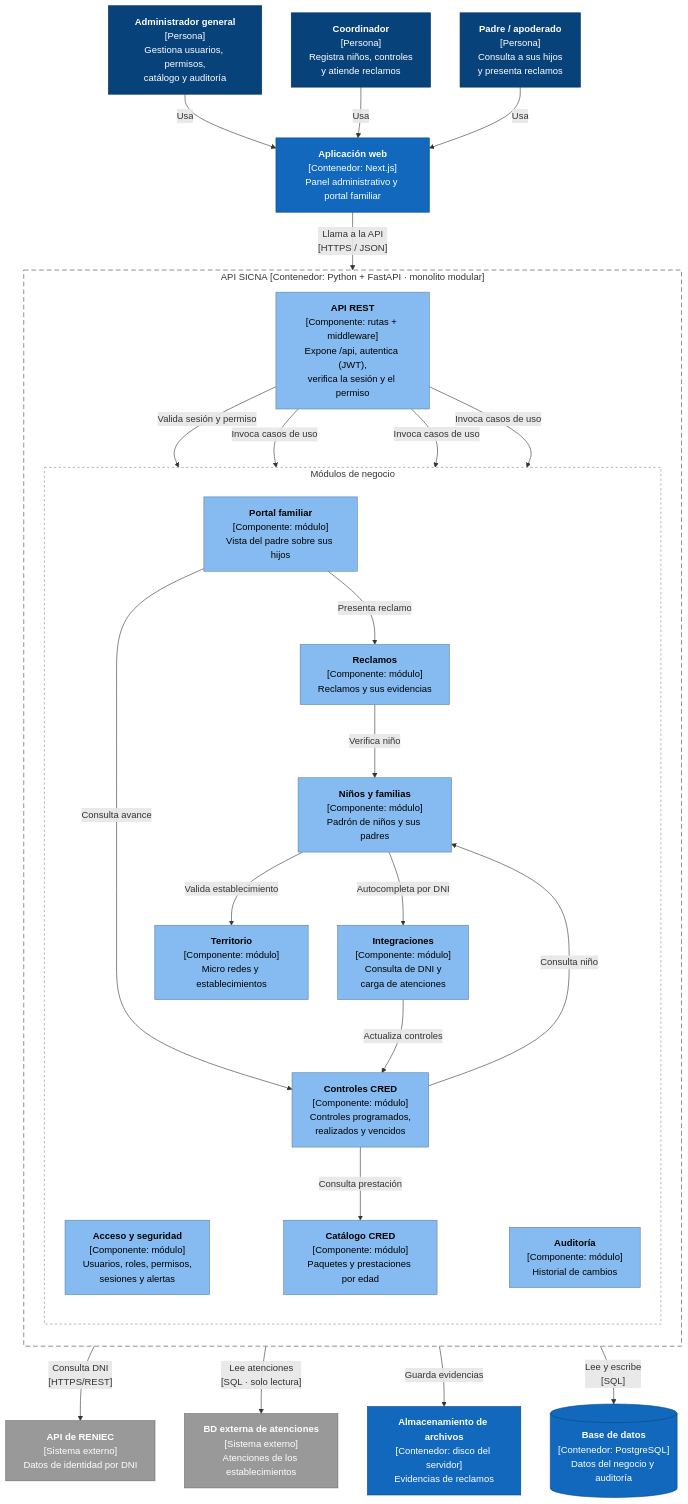
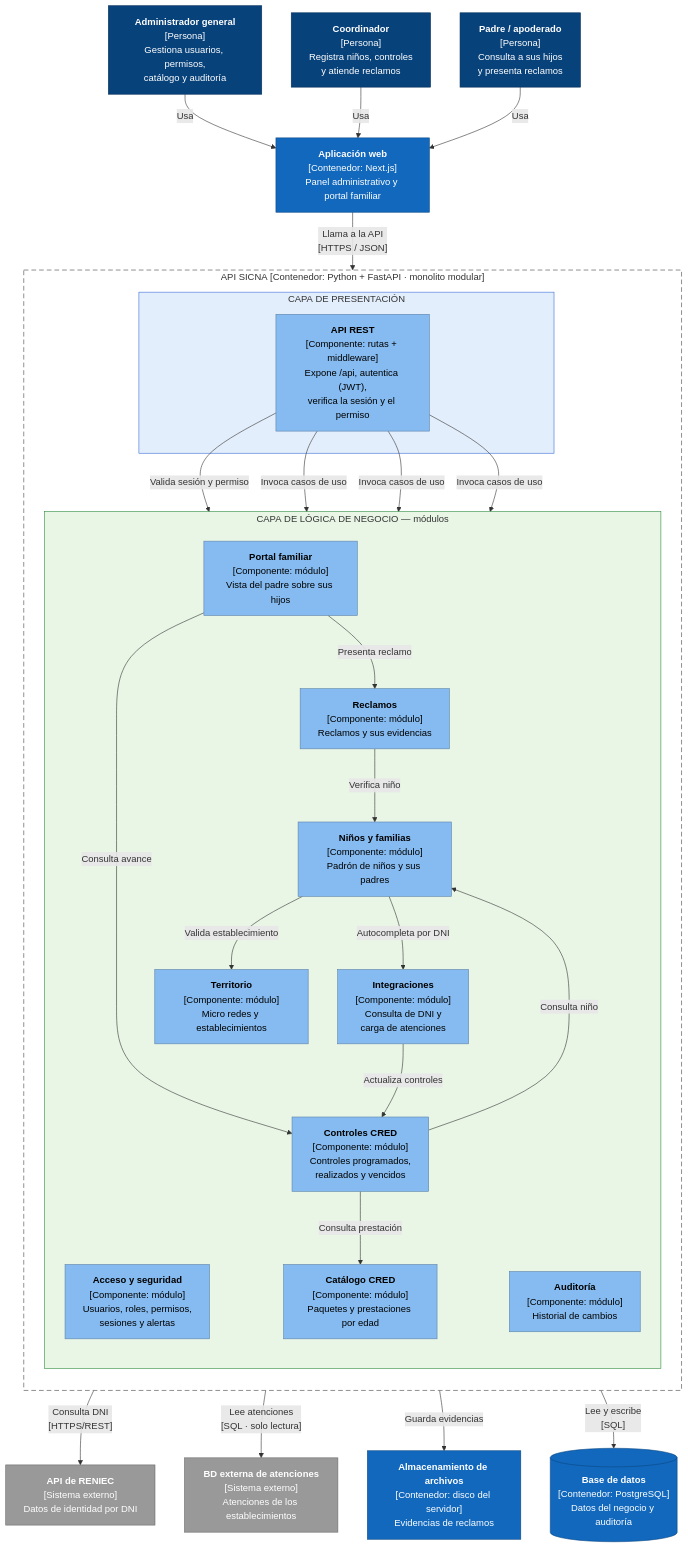
One commit to germanAmiqueroPeralta/SPRINT1 changed the first of 2 diagrams in docs/02-arquitectura-de-software/04-componentes-arquitectonicos.md. Above: the diagram before and after it, drawn with Mermaid. The commit also changed 3 other files, not shown here.

Commit message:
Encerrar capas con su nombre en los diagramas de arquitectura

````diff
--- a/docs/02-arquitectura-de-software/04-componentes-arquitectonicos.md
+++ b/docs/02-arquitectura-de-software/04-componentes-arquitectonicos.md
@@ -7,62 +7,65 @@
 ```mermaid
 flowchart TB
     P1["<b>Administrador general</b><br/>[Persona]<br/>Gestiona usuarios, permisos,<br/>catálogo y auditoría"]
     P2["<b>Coordinador</b><br/>[Persona]<br/>Registra niños, controles<br/>y atiende reclamos"]
     P3["<b>Padre / apoderado</b><br/>[Persona]<br/>Consulta a sus hijos<br/>y presenta reclamos"]
 
     WEB["<b>Aplicación web</b><br/>[Contenedor: Next.js]<br/>Panel administrativo y portal familiar"]
 
     P1 & P2 & P3 -->|Usa| WEB
 
     subgraph API["API#nbsp;SICNA#nbsp;[Contenedor:#nbsp;Python#nbsp;+#nbsp;FastAPI#nbsp;·#nbsp;monolito#nbsp;modular]"]
         direction TB
-        REST["<b>API REST</b><br/>[Componente: rutas + middleware]<br/>Expone /api, autentica (JWT),<br/>verifica la sesión y el permiso"]
+        subgraph CPRES["CAPA#nbsp;DE#nbsp;PRESENTACIÓN"]
+            REST["<b>API REST</b><br/>[Componente: rutas + middleware]<br/>Expone /api, autentica (JWT),<br/>verifica la sesión y el permiso"]
+        end
 
-        subgraph MODS["Módulos#nbsp;de#nbsp;negocio"]
+        subgraph MODS["CAPA#nbsp;DE#nbsp;LÓGICA#nbsp;DE#nbsp;NEGOCIO#nbsp;—#nbsp;módulos"]
             direction TB
             ACC["<b>Acceso y seguridad</b><br/>[Componente: módulo]<br/>Usuarios, roles, permisos,<br/>sesiones y alertas"]
             TER["<b>Territorio</b><br/>[Componente: módulo]<br/>Micro redes y establecimientos"]
             NIN["<b>Niños y familias</b><br/>[Componente: módulo]<br/>Padrón de niños y sus padres"]
             CAT["<b>Catálogo CRED</b><br/>[Componente: módulo]<br/>Paquetes y prestaciones por edad"]
             CON["<b>Controles CRED</b><br/>[Componente: módulo]<br/>Controles programados,<br/>realizados y vencidos"]
             REC["<b>Reclamos</b><br/>[Componente: módulo]<br/>Reclamos y sus evidencias"]
             POR["<b>Portal familiar</b><br/>[Componente: módulo]<br/>Vista del padre sobre sus hijos"]
             AUD["<b>Auditoría</b><br/>[Componente: módulo]<br/>Historial de cambios"]
             INT["<b>Integraciones</b><br/>[Componente: módulo]<br/>Consulta de DNI y<br/>carga de atenciones"]
         end
     end
 
     DB[("<b>Base de datos</b><br/>[Contenedor: PostgreSQL]<br/>Datos del negocio y auditoría")]
     FS["<b>Almacenamiento de archivos</b><br/>[Contenedor: disco del servidor]<br/>Evidencias de reclamos"]
     RENIEC["<b>API de RENIEC</b><br/>[Sistema externo]<br/>Datos de identidad por DNI"]
     BDEXT["<b>BD externa de atenciones</b><br/>[Sistema externo]<br/>Atenciones de los establecimientos"]
 
     WEB -->|"Llama a la API<br/>[HTTPS / JSON]"| REST
     REST -->|Valida sesión y permiso| ACC
     REST -->|Invoca casos de uso| POR & AUD & INT
 
     NIN -->|Valida establecimiento| TER
     NIN -->|Autocompleta por DNI| INT
     CON -->|Consulta niño| NIN
     CON -->|Consulta prestación| CAT
     REC -->|Verifica niño| NIN
     POR -->|Consulta avance| CON
     POR -->|Presenta reclamo| REC
     INT -->|Actualiza controles| CON
 
     INT -->|"Consulta DNI<br/>[HTTPS/REST]"| RENIEC
     INT -->|"Lee atenciones<br/>[SQL · solo lectura]"| BDEXT
     REC -->|Guarda evidencias| FS
     API -->|"Lee y escribe<br/>[SQL]"| DB
 
     classDef person fill:#08427b,stroke:#052e56,color:#ffffff
     classDef container fill:#1168bd,stroke:#0b4884,color:#ffffff
     classDef component fill:#85bbf0,stroke:#5d82a8,color:#000000
     classDef external fill:#999999,stroke:#6b6b6b,color:#ffffff
     class P1,P2,P3 person
     class WEB,DB,FS container
     class REST,ACC,TER,NIN,CAT,CON,REC,POR,AUD,INT component
     class RENIEC,BDEXT external
     style API fill:#ffffff,stroke:#444,stroke-dasharray:8 5
-    style MODS fill:#ffffff,stroke:#888,stroke-dasharray:4 4
+    style CPRES fill:#e3eefc,stroke:#3b6fd8
+    style MODS fill:#e9f6e6,stroke:#2e8b3d
 ```
````
